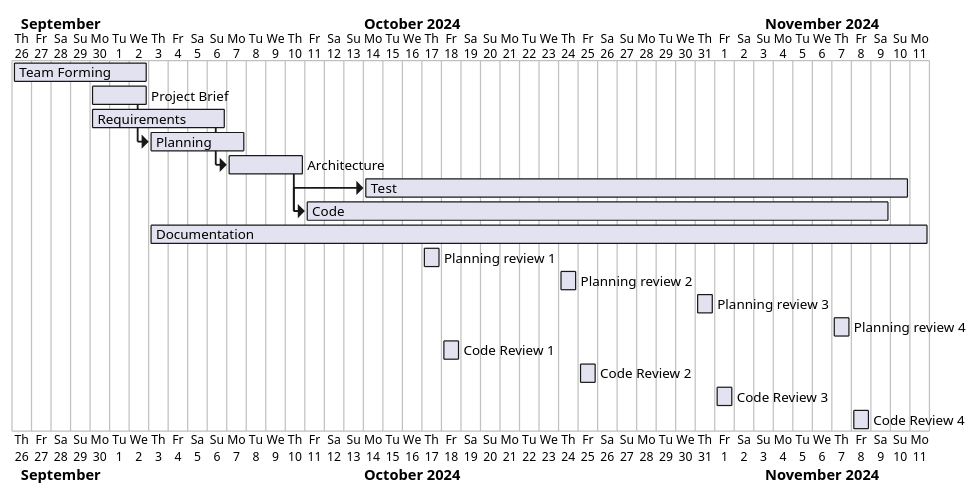
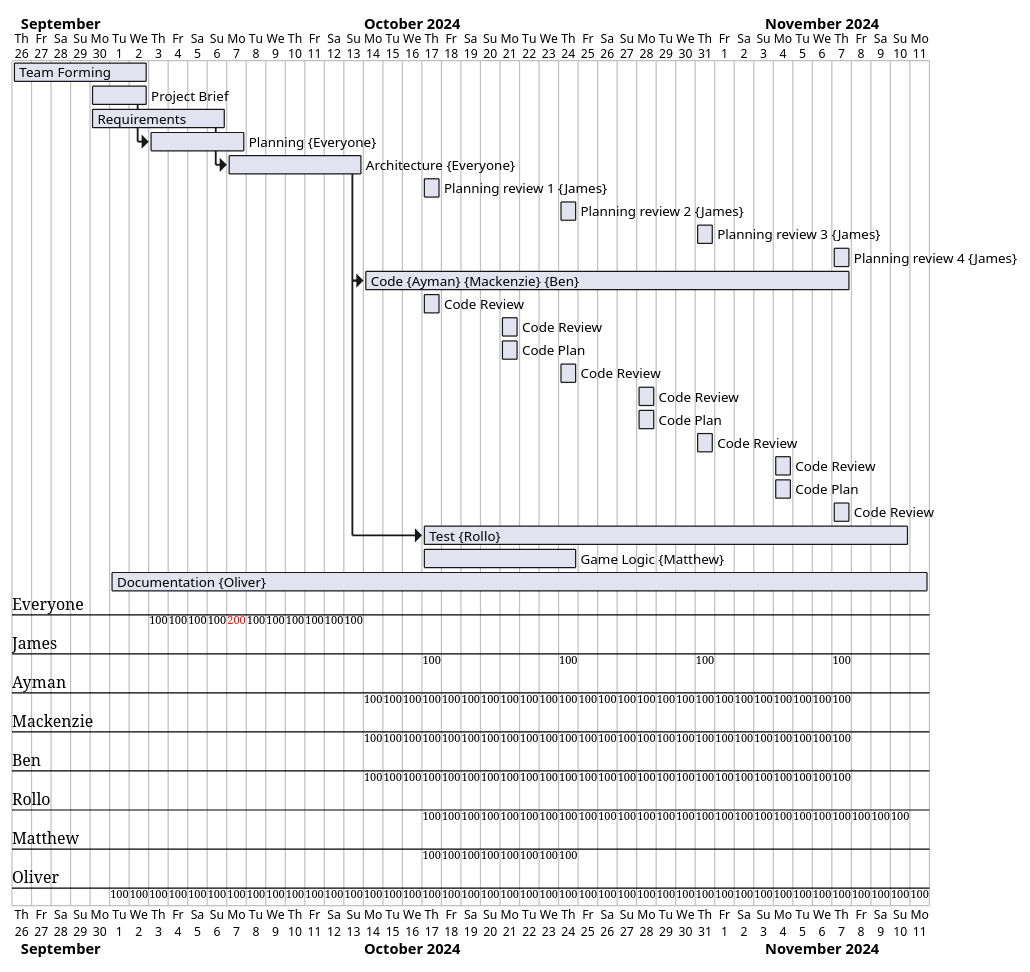
Before and after one commit to Ayman-Hachkal-Uni/NeonStudiosGame: the diagram in Plans/TimePlanning.wsd, drawn with PlantUML.

Commit message:
Update TimePlanning.wsd to week 4 plan

```diff
--- a/Plans/TimePlanning.wsd
+++ b/Plans/TimePlanning.wsd
@@ -1,31 +1,38 @@
-@startgantt Time Planning
-
+@startgantt
+printscale daily
 [Team Forming] requires 7 days
 [Project Brief] requires 3 days
 [Requirements] requires 7 days
-[Planning] requires 5 days
-[Architecture] requires 4 days
-[Test] requires 28 days
-[Code] requires 30 days
-[Documentation] requires 40 days
-
+[Planning] on {Everyone} requires 5 days
+[Architecture] requires 7 days 
 Project starts 2024-09-26
 
 [Team Forming] starts 2024-09-26
 [Project Brief] starts at 2024-09-30
 [Planning] starts at [Project Brief]'s end
-[Planning review 1] starts 2024-10-17
-[Planning review 2] starts 2024-10-24 
-[Planning review 3] starts 2024-10-31 
-[Planning review 4] starts 2024-11-07  
+[Planning review 1] on {James} starts 2024-10-17
+[Planning review 2] on {James} starts 2024-10-24 
+[Planning review 3] on {James} starts 2024-10-31 
+[Planning review 4] on {James} starts 2024-11-07  
 [Requirements] starts 2024-09-30
-[Architecture] starts at [Requirements]'s end
-[Code] starts at [Architecture]'s end
-[Test] starts 3 days after [Code]'s start
-[Documentation] ends 2024-11-11
-[Code Review 1] starts 2024-10-18
-[Code Review 2] starts 2024-10-25
-[Code Review 3] starts 2024-11-1
-[Code Review 4] starts 2024-11-8
+[Architecture] on {Everyone} starts at [Requirements]'s end
+
+[Code] on {Ayman}{Mackenzie}{Ben} starts at [Architecture]'s end and ends 2024-11-07
+[Code Review] as [CR1] starts 2024-10-17
+[Code Review] as [CR2] starts 2024-10-21
+[Code Plan] as [CP1] starts 2024-10-21
+[Code Review] as [CR3] starts 2024-10-24
+[Code Review] as [CR4] starts 2024-10-28
+[Code Plan] as [CP2] starts 2024-10-28
+[Code Review] as [CR5] starts 2024-10-31
+[Code Review] as [CR6] starts 2024-11-04
+[Code Plan] as [CP3] starts 2024-11-4
+[Code Review] as [CR7] starts 2024-11-7
+
+[Test] on {Rollo} starts 3 days after [Code]'s start and ends 2024-11-10
+
+[Game Logic] on {Matthew} starts 2024-10-17 and ends 2024-10-24
+
+[Documentation] on {Oliver} starts 2024-10-01 and ends 2024-11-11
 
 @endgantt
```
